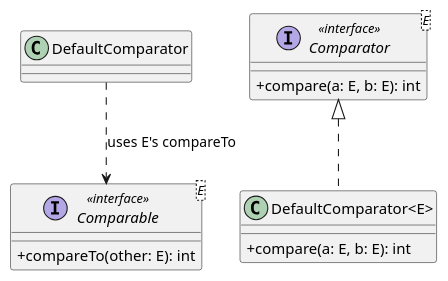
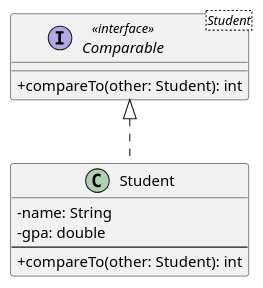
Before and after one commit to ruslylove/datastruct: the diagram in lectures/lect-10-PriQ.md, drawn with PlantUML. The commit also changed other lines of this file and 1 other file, not shown here.

````diff
--- a/lectures/lect-10-PriQ.md
+++ b/lectures/lect-10-PriQ.md
@@ -201,19 +120,25 @@
-```plantuml
+```plantuml {scale:0.8}
 @startuml
+' Hide the default attribute icon for a cleaner look, as per best practice
 skinparam classAttributeIconSize 0
 
-interface "Comparable<E>" as Comparable <<interface>> {
-  + compareTo(other: E): int
+' Define the standard Java Comparable interface, specialized for Student
+interface "Comparable<Student>" as Comparable <<interface>> {
+  + compareTo(other: Student): int
 }
 
-interface "Comparator<E>" as Comparator <<interface>> {
-  + compare(a: E, b: E): int
+' Define the Student class based on the provided Java code.
+' It has private attributes and public methods.
+class Student implements Comparable<Student> {
+  - name: String
+  - gpa: double
+  --
+  + compareTo(other: Student): int
 }
 
-class "DefaultComparator<E>" implements Comparator {
-  + compare(a: E, b: E): int
-}
+' The "implements" keyword in the class definition automatically
+' creates the correct realization arrow (dashed line with a hollow triangle)
+' pointing from the implementing class (Student) to the interface (Comparable).
+@enduml
 
-DefaultComparator ..> Comparable : "uses E's compareTo"
-@enduml
 ```
````
